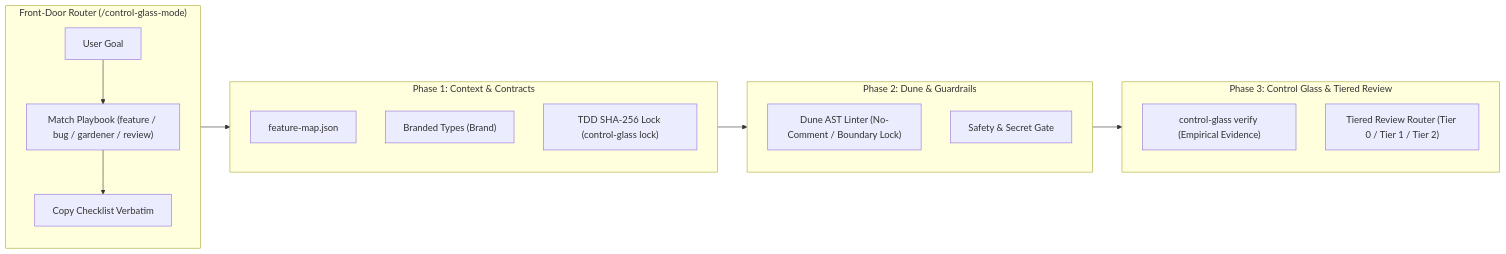
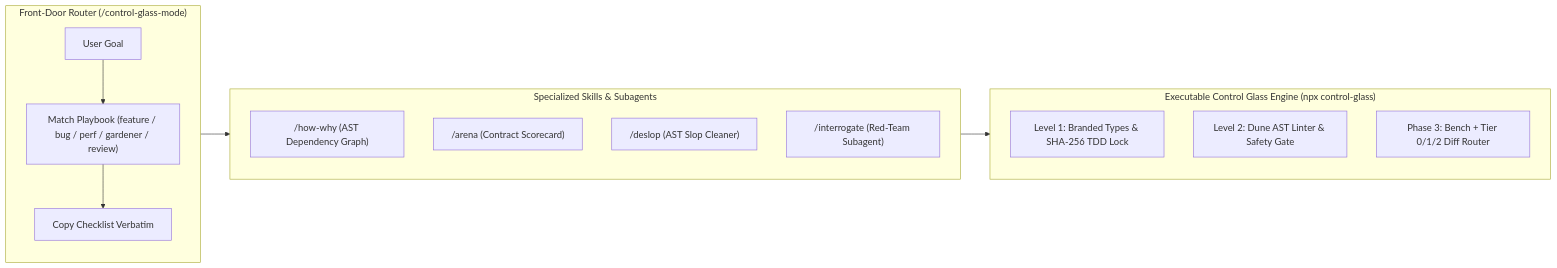
Before and after one commit to Sakeerin/control-glass: the diagram in README.md, drawn with Mermaid. The commit also changed other lines of this file and 24 other files, not shown here.

Commit message:
feat(v2): add AST Auto-Mapper, Deslop Engine, Heap Benchmark, Interrogator subagent, Arena skill, and CI hooks

````diff
--- a/README.md
+++ b/README.md
@@ -37,25 +36,22 @@
 ```mermaid
 flowchart LR
     subgraph Router["Front-Door Router (/control-glass-mode)"]
-        R0["User Goal"] --> R1["Match Playbook (feature / bug / gardener / review)"]
+        R0["User Goal"] --> R1["Match Playbook (feature / bug / perf / gardener / review)"]
         R1 --> R2["Copy Checklist Verbatim"]
     end
 
-    subgraph Phase1["Phase 1: Context & Contracts"]
-        A1["feature-map.json"]
-        A2["Branded Types (Brand<T>)"]
-        A3["TDD SHA-256 Lock (control-glass lock)"]
+    subgraph Skills["Specialized Skills & Subagents"]
+        S1["/how-why (AST Dependency Graph)"]
+        S2["/arena (Contract Scorecard)"]
+        S3["/deslop (AST Slop Cleaner)"]
+        S4["/interrogate (Red-Team Subagent)"]
     end
 
-    subgraph Phase2["Phase 2: Dune & Guardrails"]
-        B1["Dune AST Linter (No-Comment / Boundary Lock)"]
-        B2["Safety & Secret Gate"]
+    subgraph Engine["Executable Control Glass Engine (npx control-glass)"]
+        E1["Level 1: Branded Types & SHA-256 TDD Lock"]
+        E2["Level 2: Dune AST Linter & Safety Gate"]
+        E3["Phase 3: Bench + Tier 0/1/2 Diff Router"]
     end
 
-    subgraph Phase3["Phase 3: Control Glass & Tiered Review"]
-        C1["control-glass verify (Empirical Evidence)"]
-        C2["Tiered Review Router (Tier 0 / Tier 1 / Tier 2)"]
-    end
-
-    Router --> Phase1 --> Phase2 --> Phase3
+    Router --> Skills --> Engine
 ```
````
